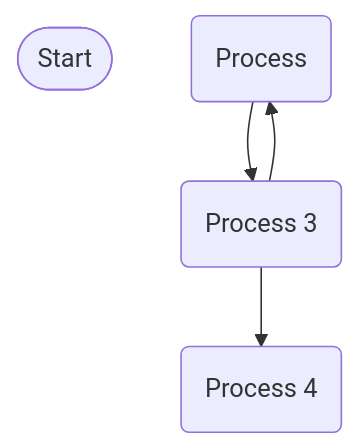
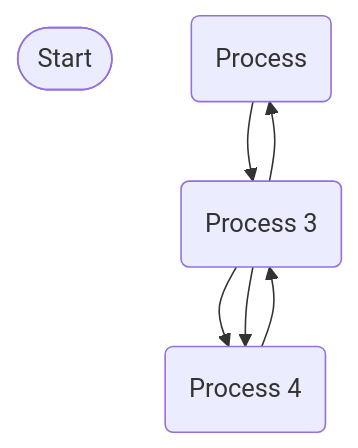
One commit to pingpm/mermaid_vault changed the diagram in mmd/Untitled_b8dba38d-96b5-4a66-ac7f-50cb6ed4eaaa.mmd. Above: the diagram before and after it, drawn with Mermaid. The commit also changed 3 other files, not shown here.

Commit message:
Sync Mermaid Studio data (44 diagrams)

```diff
--- a/mmd/Untitled_b8dba38d-96b5-4a66-ac7f-50cb6ed4eaaa.mmd
+++ b/mmd/Untitled_b8dba38d-96b5-4a66-ac7f-50cb6ed4eaaa.mmd
@@ -1,8 +1,10 @@
 flowchart TD
   n_0(["Start"])
   n_1("Process")
   n_2("Process 3")
   n_3("Process 4")
   n_1 --> n_2
   n_2 --> n_1
   n_2 --> n_3
+  n_2 --> n_3
+  n_3 --> n_2
```
